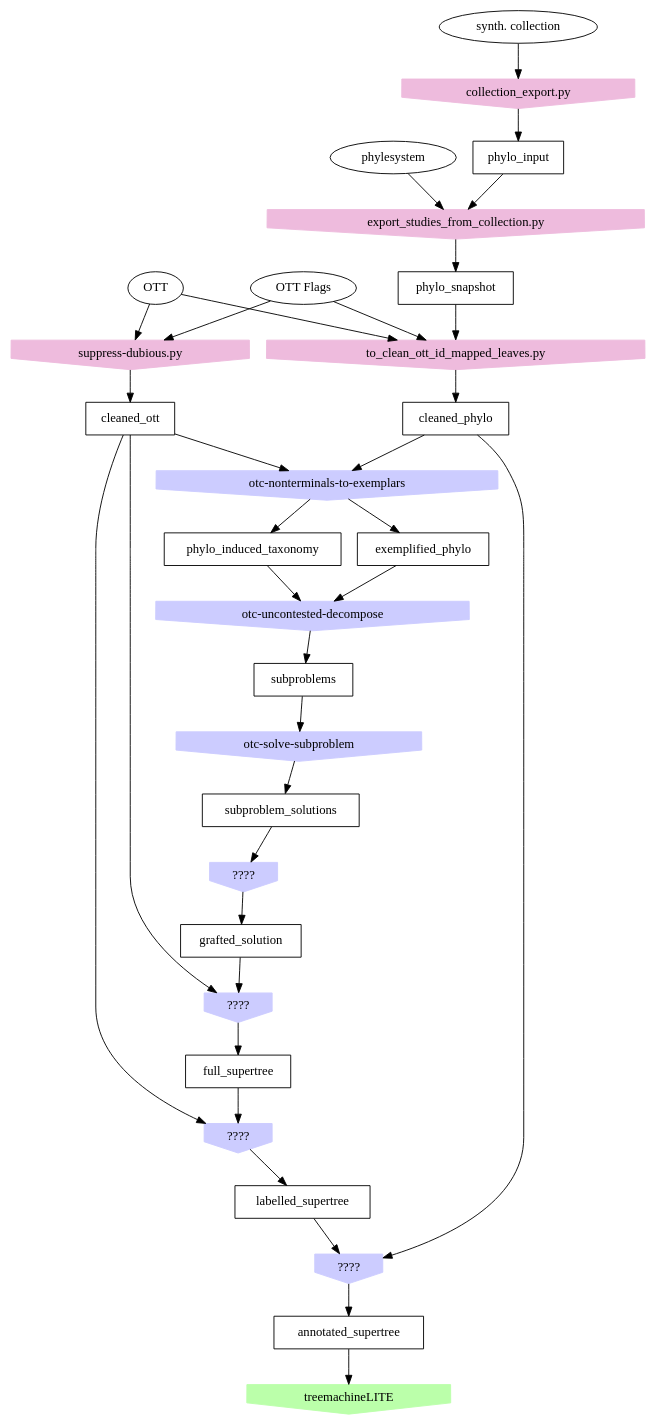
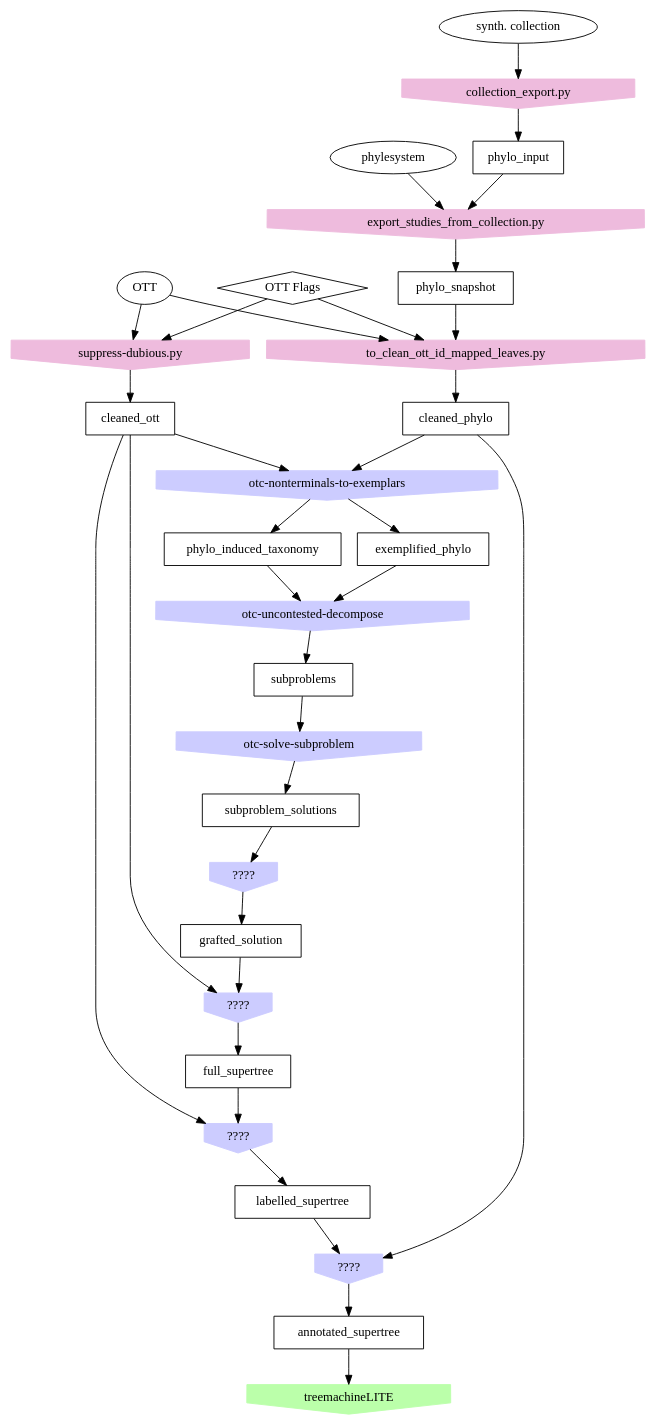
One commit to OpenTreeOfLife/propinquity changed the diagram in doc/pipeline-tools.dot. Above: the diagram before and after it, drawn with Graphviz. The commit also changed 16 other files, not shown here.

```diff
--- a/doc/pipeline-tools.dot
+++ b/doc/pipeline-tools.dot
@@ -1,78 +1,78 @@
 digraph P {
-    ottflags [shape=oval label="OTT Flags"];
+    ottflags [shape=diamond label="OTT Flags"];
     ott [shape=oval label="OTT"];
     phylesystem [shape=oval label="phylesystem"];
     synthcoll [shape=oval label="synth. collection"];
 
     cleanedotttool [shape=invhouse label="suppress-dubious.py", style=filled, color="#EEBBDD"];
     cleanedott [shape=box label="cleaned_ott"];
     ott -> cleanedotttool ;
     ottflags -> cleanedotttool;
     cleanedotttool ->cleanedott;
 
     phyloinputtool [shape=invhouse label="collection_export.py", style=filled, color="#EEBBDD"];
     phyloinput [shape=box label="phylo_input"];
     synthcoll -> phyloinputtool ;
     phyloinputtool -> phyloinput;
 
     phylosnapshottool [shape=invhouse label="export_studies_from_collection.py", style=filled, color="#EEBBDD"];
     phylosnapshot [shape=box label="phylo_snapshot"];
     phyloinput -> phylosnapshottool ;
     phylesystem -> phylosnapshottool ;
     phylosnapshottool ->phylosnapshot;
 
     cleanedphylotool [shape=invhouse label="to_clean_ott_id_mapped_leaves.py", style=filled, color="#EEBBDD"];
     cleanedphylo [shape=box label="cleaned_phylo"];
     phylosnapshot -> cleanedphylotool ;
     ottflags -> cleanedphylotool ;
     ott -> cleanedphylotool ;
     cleanedphylotool -> cleanedphylo;
 
     phyloinducedtaxonomytool [shape=invhouse label="otc-nonterminals-to-exemplars" style=filled color="#CCCCFF"];
     phyloinducedtaxonomy [shape=box label="phylo_induced_taxonomy"];
     exemplifiedphylo [shape=box label="exemplified_phylo"];
     cleanedphylo -> phyloinducedtaxonomytool;
     cleanedott -> phyloinducedtaxonomytool;
     phyloinducedtaxonomytool -> phyloinducedtaxonomy;
     phyloinducedtaxonomytool -> exemplifiedphylo;
 
 
 
     subproblemstool [shape=invhouse label="otc-uncontested-decompose" style=filled color="#CCCCFF"];
     subproblems [shape=box label="subproblems"];
     phyloinducedtaxonomy -> subproblemstool;
     exemplifiedphylo -> subproblemstool;
     subproblemstool -> subproblems;
 
     subproblemsolntool [shape=invhouse label="otc-solve-subproblem" style=filled color="#CCCCFF"];
     subproblemsoln [shape=box label="subproblem_solutions"];
     subproblems -> subproblemsolntool;
     subproblemsolntool -> subproblemsoln;
 
     graftedsolntool [shape=invhouse label="????" style=filled color="#CCCCFF"];
     graftedsoln [shape=box label="grafted_solution"];
     subproblemsoln -> graftedsolntool;
     graftedsolntool -> graftedsoln;
 
     supertreetopotool [shape=invhouse label="????" style=filled color="#CCCCFF"];
     supertreetopo [shape=box label="full_supertree"];
     graftedsoln -> supertreetopotool;
     cleanedott -> supertreetopotool;
     supertreetopotool -> supertreetopo;
 
     taxolabelledsupertreetool [shape=invhouse label="????" style=filled color="#CCCCFF"];
     taxolabelledsupertree [shape=box label="labelled_supertree"];
     cleanedott -> taxolabelledsupertreetool;
     supertreetopo -> taxolabelledsupertreetool;
     taxolabelledsupertreetool -> taxolabelledsupertree;
 
     supertreewithsupporttool [shape=invhouse label="????" style=filled color="#CCCCFF"];
     supertreewithsupport [shape=box label="annotated_supertree"];
     taxolabelledsupertree -> supertreewithsupporttool;
     cleanedphylo -> supertreewithsupporttool;
     supertreewithsupporttool -> supertreewithsupport;
 
     treemachineLite [shape=invhouse label="treemachineLITE" style=filled color="#BBFFAA"];
     supertreewithsupport -> treemachineLite;
 
 }
```
